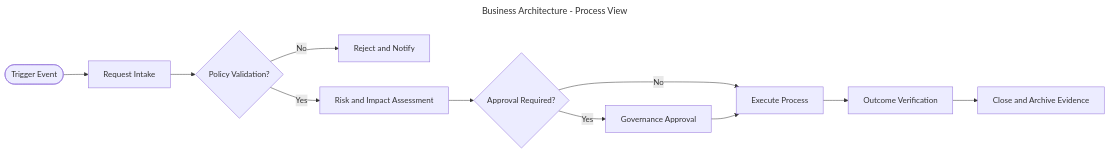
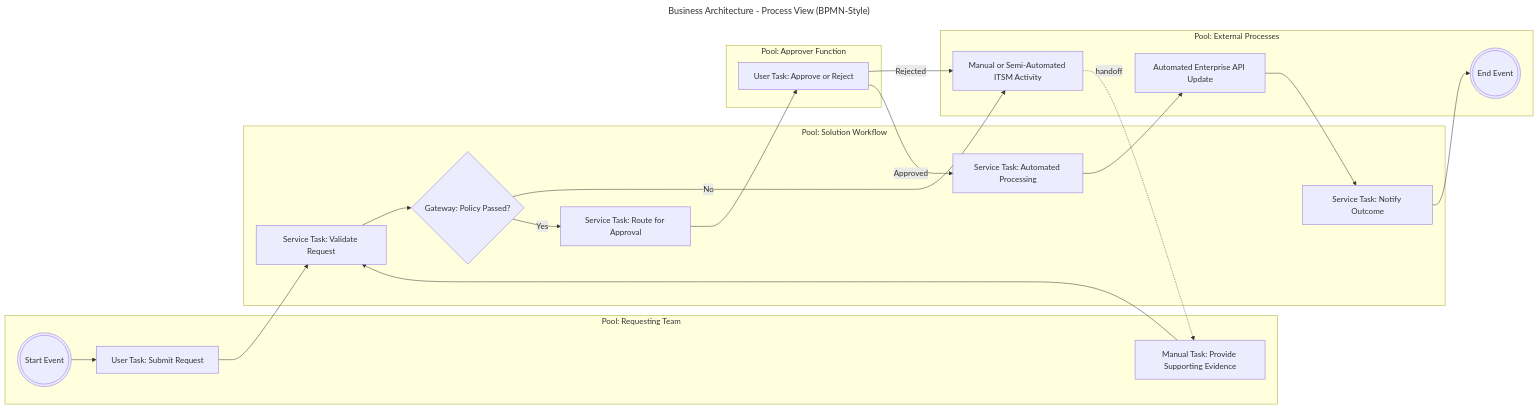
The second of 27 diagrams in docs/templates.md (LewisCM14/django_auth), drawn with Mermaid before and after one commit. The commit also changed other lines of this file, not shown here.

Commit message:
update template diagrams

````diff
--- a/docs/templates.md
+++ b/docs/templates.md
@@ -34,16 +43,37 @@
 ```mermaid
 ---
-title: Business Architecture - Process View
+title: Business Architecture - Process View (BPMN-Style)
 ---
 flowchart LR
-	Start([Trigger Event]) --> Intake[Request Intake]
-	Intake --> Validate{Policy Validation?}
-	Validate -->|No| Reject[Reject and Notify]
-	Validate -->|Yes| Assess[Risk and Impact Assessment]
-	Assess --> Approve{Approval Required?}
-	Approve -->|No| Execute[Execute Process]
-	Approve -->|Yes| CAB[Governance Approval]
-	CAB --> Execute
-	Execute --> Verify[Outcome Verification]
-	Verify --> Close[Close and Archive Evidence]
+	subgraph LaneA[Pool: Requesting Team]
+		Start(((Start Event)))
+		Submit[User Task: Submit Request]
+		Evidence[Manual Task: Provide Supporting Evidence]
+	end
+
+	subgraph LaneB[Pool: Solution Workflow]
+		Validate[Service Task: Validate Request]
+		Policy{Gateway: Policy Passed?}
+		Route[Service Task: Route for Approval]
+		AutoRun[Service Task: Automated Processing]
+		Notify[Service Task: Notify Outcome]
+	end
+
+	subgraph LaneC[Pool: Approver Function]
+		Approve[User Task: Approve or Reject]
+	end
+
+	subgraph LaneD[Pool: External Processes]
+		ITSM[Manual or Semi-Automated ITSM Activity]
+		EnterpriseAPI[Automated Enterprise API Update]
+		End(((End Event)))
+	end
+
+	Start --> Submit --> Validate --> Policy
+	Policy -->|No| ITSM
+	ITSM -. handoff .-> Evidence
+	Evidence --> Validate
+	Policy -->|Yes| Route --> Approve
+	Approve -->|Rejected| ITSM
+	Approve -->|Approved| AutoRun --> EnterpriseAPI --> Notify --> End
 ```
````
